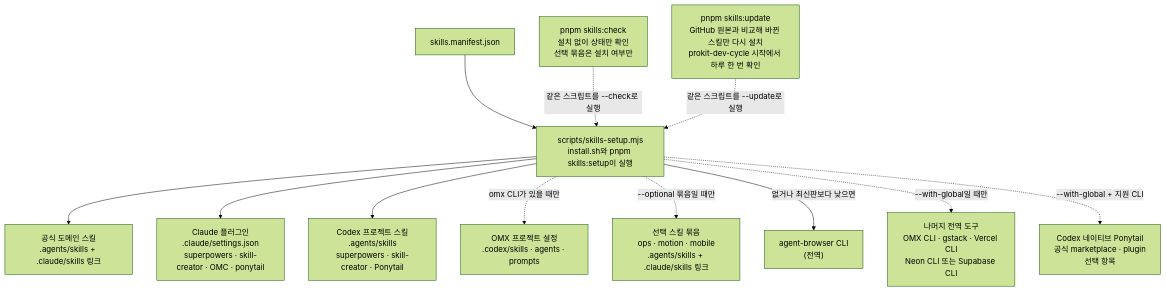
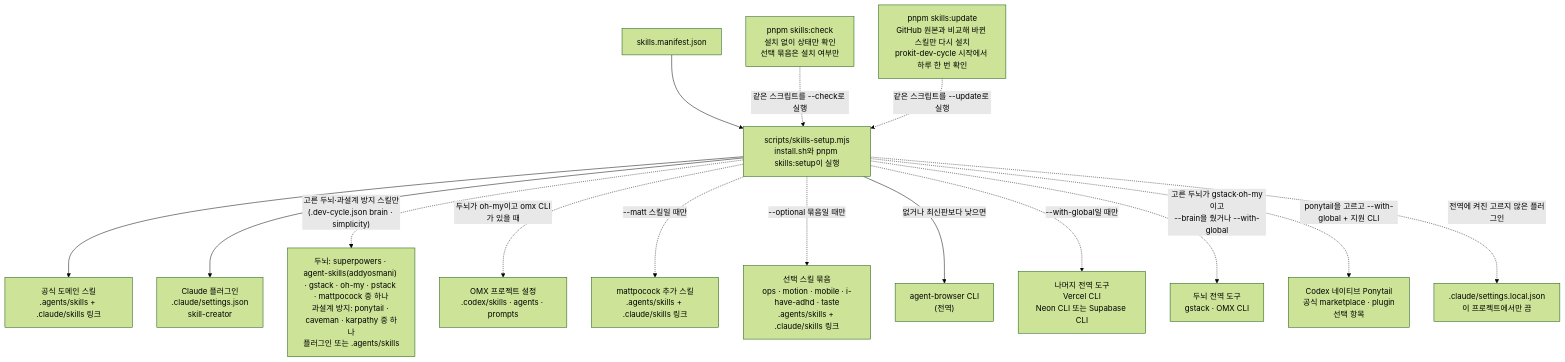
Before and after one commit to roadkwon-ai/pro-kit: the diagram in docs/skills/install-and-update.md, drawn with Mermaid (forest theme). The commit also changed other lines of this file and 756 other files, not shown here.

````diff
--- a/docs/skills/install-and-update.md
+++ b/docs/skills/install-and-update.md
@@ -8,14 +8,17 @@
 ```mermaid
 flowchart TD
   M["skills.manifest.json"] --> S["scripts/skills-setup.mjs<br/>install.sh와 pnpm skills:setup이 실행"]
   S --> P1["공식 도메인 스킬<br/>.agents/skills + .claude/skills 링크"]
-  S --> P2["Claude 플러그인<br/>.claude/settings.json<br/>superpowers · skill-creator · OMC · ponytail"]
-  S --> P3["Codex 프로젝트 스킬<br/>.agents/skills<br/>superpowers · skill-creator · Ponytail"]
-  S -.->|"omx CLI가 있을 때만"| P4["OMX 프로젝트 설정<br/>.codex/skills · agents · prompts"]
-  S -.->|"--optional 묶음일 때만"| OPT["선택 스킬 묶음<br/>ops · motion · mobile<br/>.agents/skills + .claude/skills 링크"]
+  S --> P2["Claude 플러그인<br/>.claude/settings.json<br/>skill-creator"]
+  S -.->|"고른 두뇌·과설계 방지 스킬만<br/>(.dev-cycle.json brain · simplicity)"| SEL["두뇌: superpowers · agent-skills(addyosmani) · gstack · oh-my · pstack · mattpocock 중 하나<br/>과설계 방지: ponytail · caveman · karpathy 중 하나<br/>플러그인 또는 .agents/skills"]
+  S -.->|"두뇌가 oh-my이고 omx CLI가 있을 때"| P4["OMX 프로젝트 설정<br/>.codex/skills · agents · prompts"]
+  S -.->|"--matt 스킬일 때만"| MATT["mattpocock 추가 스킬<br/>.agents/skills + .claude/skills 링크"]
+  S -.->|"--optional 묶음일 때만"| OPT["선택 스킬 묶음<br/>ops · motion · mobile · i-have-adhd · taste<br/>.agents/skills + .claude/skills 링크"]
   S -->|"없거나 최신판보다 낮으면"| AB["agent-browser CLI<br/>(전역)"]
-  S -.->|"--with-global일 때만"| G["나머지 전역 도구<br/>OMX CLI · gstack · Vercel CLI<br/>Neon CLI 또는 Supabase CLI"]
-  S -.->|"--with-global + 지원 CLI"| CP["Codex 네이티브 Ponytail<br/>공식 marketplace · plugin<br/>선택 항목"]
+  S -.->|"--with-global일 때만"| G["나머지 전역 도구<br/>Vercel CLI<br/>Neon CLI 또는 Supabase CLI"]
+  S -.->|"고른 두뇌가 gstack·oh-my이고<br/>--brain을 줬거나 --with-global"| BG["두뇌 전역 도구<br/>gstack · OMX CLI"]
+  S -.->|"ponytail을 고르고 --with-global + 지원 CLI"| CP["Codex 네이티브 Ponytail<br/>공식 marketplace · plugin<br/>선택 항목"]
+  S -.->|"전역에 켜진 고르지 않은 플러그인"| LOC[".claude/settings.local.json<br/>이 프로젝트에서만 끔"]
   CHK["pnpm skills:check<br/>설치 없이 상태만 확인<br/>선택 묶음은 설치 여부만"] -.->|"같은 스크립트를 --check로 실행"| S
   UPD["pnpm skills:update<br/>GitHub 원본과 비교해 바뀐 스킬만 다시 설치<br/>prokit-dev-cycle 시작에서 하루 한 번 확인"] -.->|"같은 스크립트를 --update로 실행"| S
 ```
````
